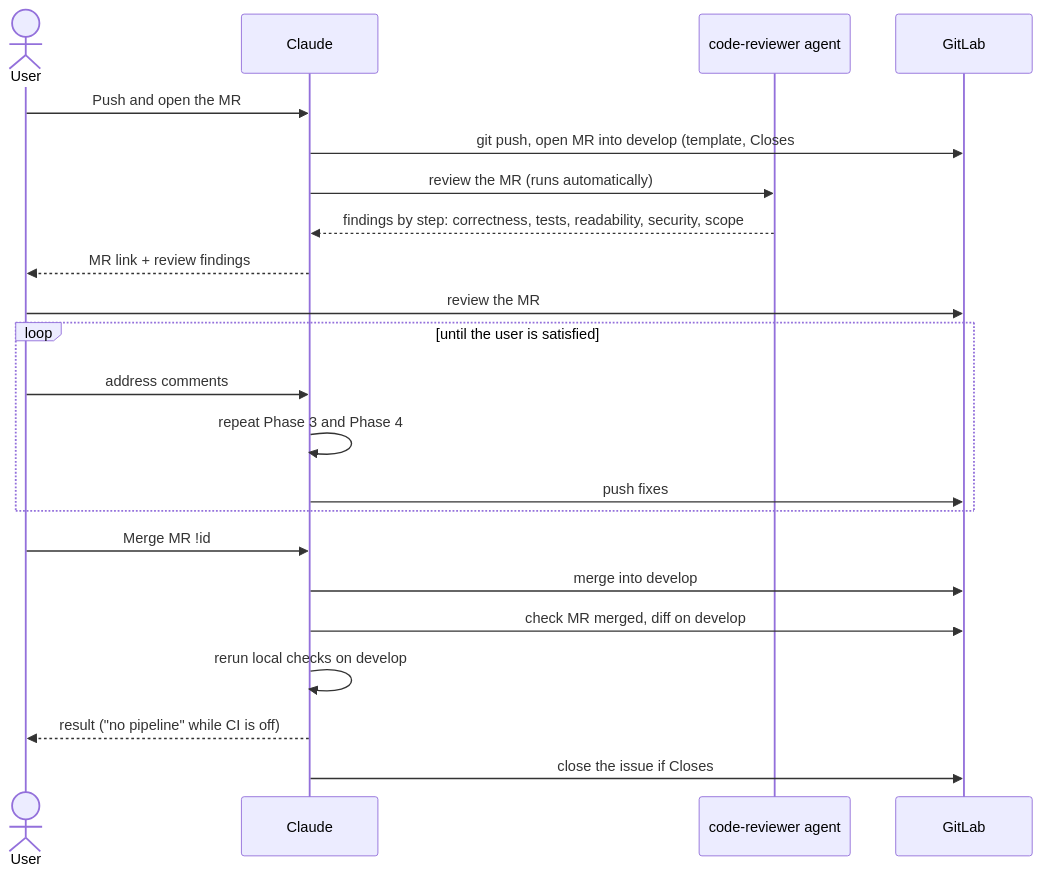
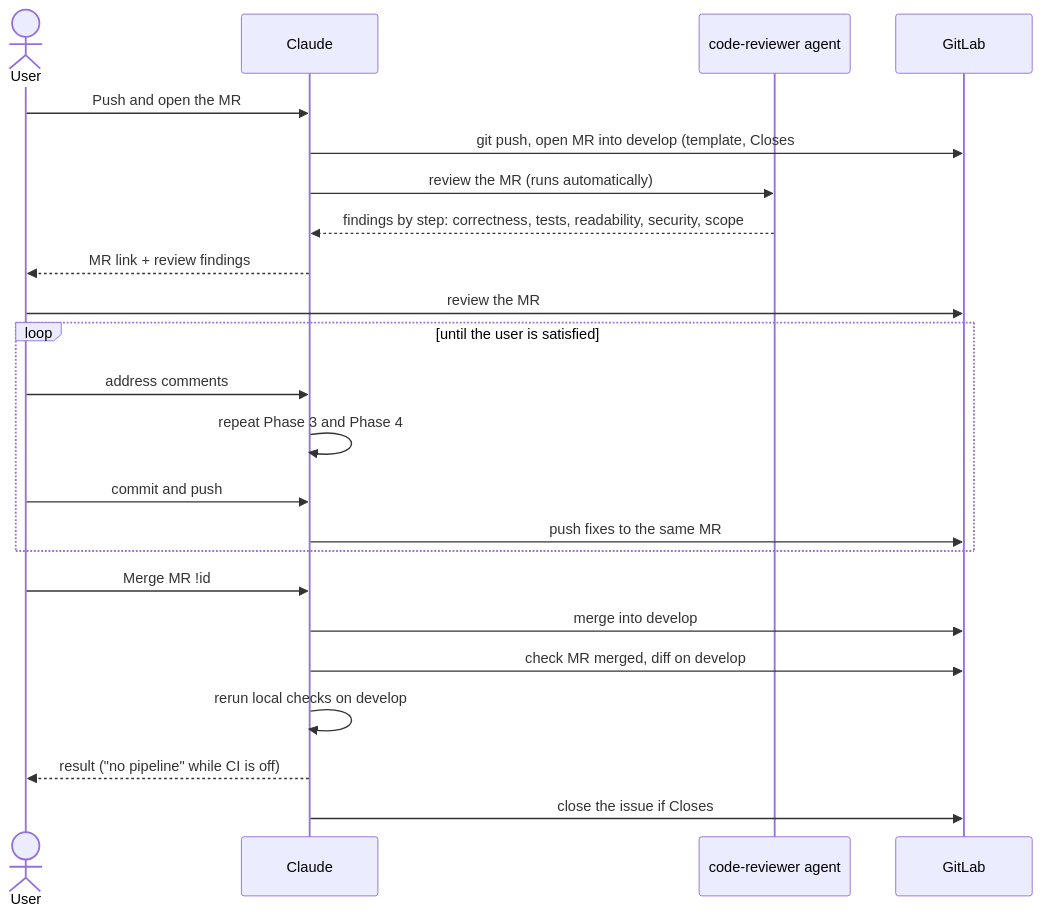
Before and after one commit to huynguyennang-agilityio/claude-code-training: the third of 3 diagrams in docs/workflow.md, drawn with Mermaid. The commit also changed other lines of this file and 9 other files, not shown here.

First line of the commit message:
docs: address review findings on architecture docs

````diff
--- a/docs/workflow.md
+++ b/docs/workflow.md
@@ -65,24 +67,25 @@
 ```mermaid
 sequenceDiagram
     actor U as User
     participant C as Claude
     participant R as code-reviewer agent
     participant G as GitLab
     U->>C: Push and open the MR
     C->>G: git push, open MR into develop (template, Closes #id)
     C->>R: review the MR (runs automatically)
     R-->>C: findings by step: correctness, tests, readability, security, scope
     C-->>U: MR link + review findings
     U->>G: review the MR
     loop until the user is satisfied
         U->>C: address comments
         C->>C: repeat Phase 3 and Phase 4
-        C->>G: push fixes
+        U->>C: commit and push
+        C->>G: push fixes to the same MR
     end
     U->>C: Merge MR !id
     C->>G: merge into develop
     C->>G: check MR merged, diff on develop
     C->>C: rerun local checks on develop
     C-->>U: result ("no pipeline" while CI is off)
     C->>G: close the issue if Closes #id did not
 ```
````
